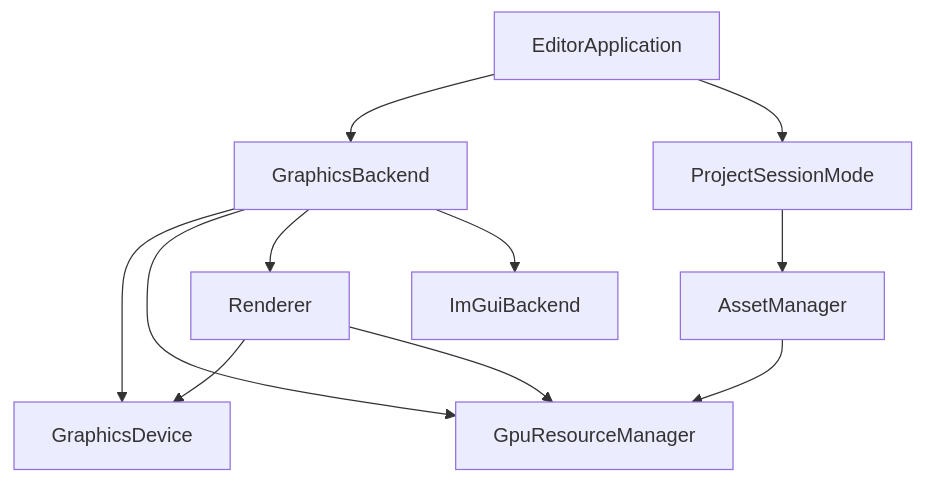
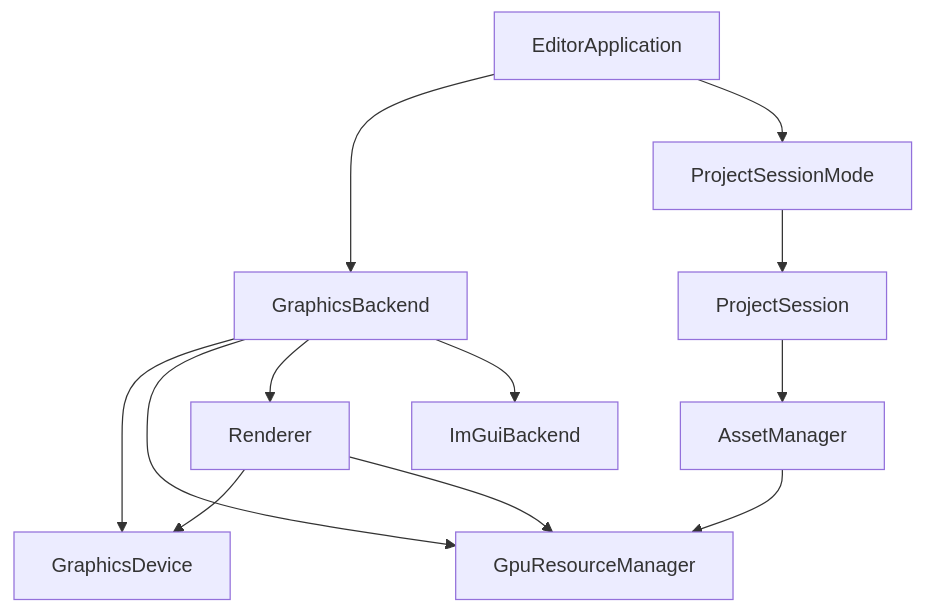
Before and after one commit to veresdomonkos/Crimson: the diagram in docs/architecture.md, drawn with Mermaid. The commit also changed other lines of this file and 26 other files, not shown here.

First line of the commit message:
move the open project's document logic into ProjectSession

````diff
--- a/docs/architecture.md
+++ b/docs/architecture.md
@@ -5,13 +5,13 @@
 ```mermaid
 flowchart TD
     App[EditorApplication] --> GB[GraphicsBackend]
     GB --> Dev[GraphicsDevice]
     GB --> Res[GpuResourceManager]
     GB --> Ren[Renderer]
     GB --> Im[ImGuiBackend]
     App --> Mode[ProjectSessionMode]
-    Mode --> AM[AssetManager]
+    Mode --> Session[ProjectSession] --> AM[AssetManager]
     AM --> Res
     Ren --> Dev
     Ren --> Res
 ```
````
